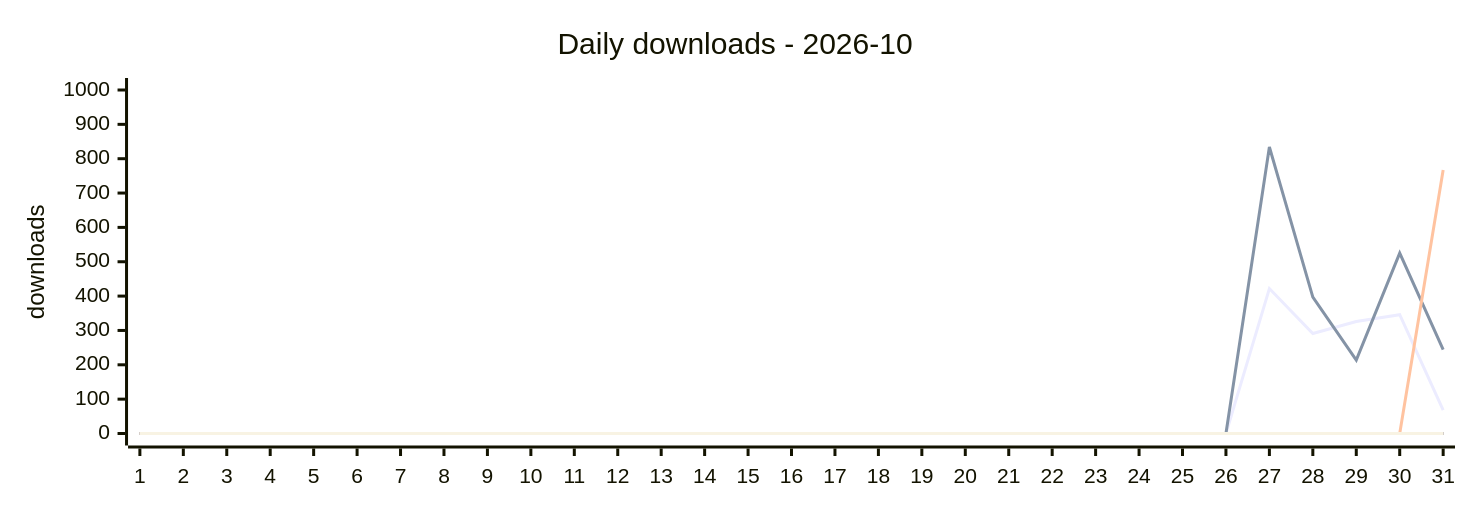
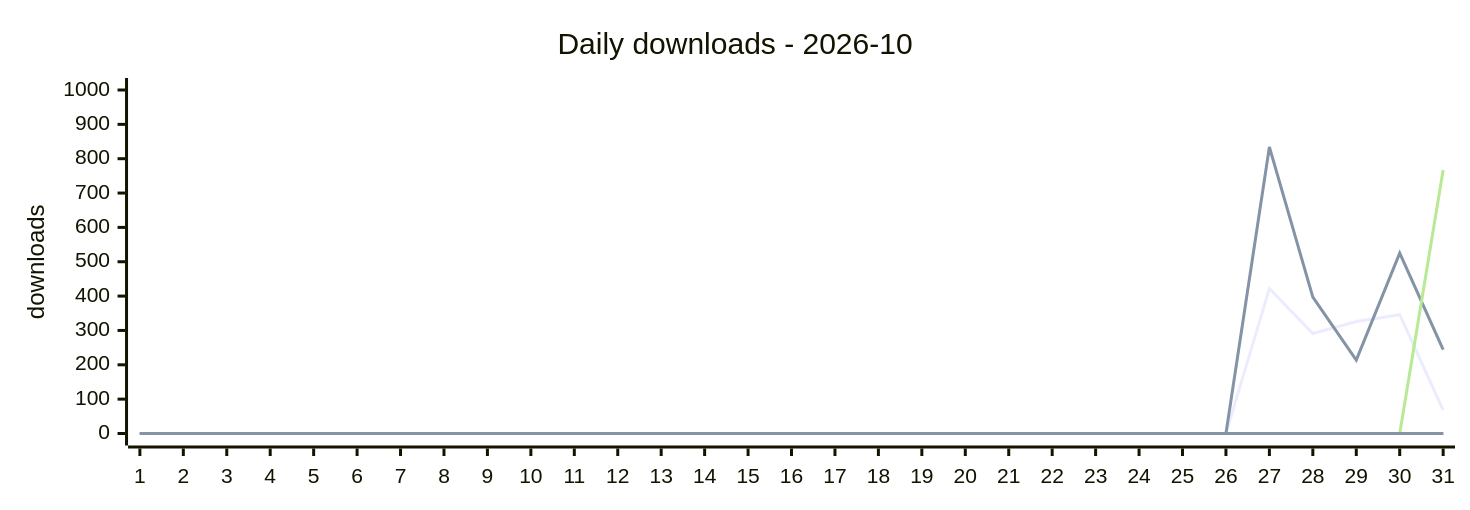
The second of 2 diagrams in DASHBOARD.md (terry2010/npm-downloads-tracker), drawn with Mermaid before and after one commit. The commit also changed other lines of this file and 2 other files, not shown here.

````diff
--- a/DASHBOARD.md
+++ b/DASHBOARD.md
@@ -106,17 +106,19 @@
 ```mermaid
 %%{init: {'xyChart': {'width': 960, 'height': 320}}}%%
 xychart-beta
     title "Daily downloads - 2026-10"
     x-axis ["1", "2", "3", "4", "5", "6", "7", "8", "9", "10", "11", "12", "13", "14", "15", "16", "17", "18", "19", "20", "21", "22", "23", "24", "25", "26", "27", "28", "29", "30", "31"]
     y-axis "downloads" 0 --> 1000
     line "dsh-loop-recover" [0, 0, 0, 0, 0, 0, 0, 0, 0, 0, 0, 0, 0, 0, 0, 0, 0, 0, 0, 0, 0, 0, 0, 0, 0, 0, 422, 291, 326, 346, 68]
     line "dsh-rss-news-daily" [0, 0, 0, 0, 0, 0, 0, 0, 0, 0, 0, 0, 0, 0, 0, 0, 0, 0, 0, 0, 0, 0, 0, 0, 0, 0, 834, 397, 214, 525, 244]
+    line "dsh-rss-news-flash-kuaixun" [0, 0, 0, 0, 0, 0, 0, 0, 0, 0, 0, 0, 0, 0, 0, 0, 0, 0, 0, 0, 0, 0, 0, 0, 0, 0, 0, 0, 0, 0, 0]
+    line "dsh-rss-news-browser-fetch" [0, 0, 0, 0, 0, 0, 0, 0, 0, 0, 0, 0, 0, 0, 0, 0, 0, 0, 0, 0, 0, 0, 0, 0, 0, 0, 0, 0, 0, 0, 0]
     line "opencode-loop-recover" [0, 0, 0, 0, 0, 0, 0, 0, 0, 0, 0, 0, 0, 0, 0, 0, 0, 0, 0, 0, 0, 0, 0, 0, 0, 0, 0, 0, 0, 0, 767]
     line "oc-market-quail-zephyr-72a0" [0, 0, 0, 0, 0, 0, 0, 0, 0, 0, 0, 0, 0, 0, 0, 0, 0, 0, 0, 0, 0, 0, 0, 0, 0, 0, 0, 0, 0, 0, 0]
     line "awesome-opencode-market" [0, 0, 0, 0, 0, 0, 0, 0, 0, 0, 0, 0, 0, 0, 0, 0, 0, 0, 0, 0, 0, 0, 0, 0, 0, 0, 0, 0, 0, 0, 0]
     line "surfbird" [0, 0, 0, 0, 0, 0, 0, 0, 0, 0, 0, 0, 0, 0, 0, 0, 0, 0, 0, 0, 0, 0, 0, 0, 0, 0, 0, 0, 0, 0, 0]
     line "surfbird-mcp" [0, 0, 0, 0, 0, 0, 0, 0, 0, 0, 0, 0, 0, 0, 0, 0, 0, 0, 0, 0, 0, 0, 0, 0, 0, 0, 0, 0, 0, 0, 0]
     line "dsh-control-surfbird-for-kitesurf" [0, 0, 0, 0, 0, 0, 0, 0, 0, 0, 0, 0, 0, 0, 0, 0, 0, 0, 0, 0, 0, 0, 0, 0, 0, 0, 0, 0, 0, 0, 0]
     line "opencode-control-surfbird-for-kitesurf" [0, 0, 0, 0, 0, 0, 0, 0, 0, 0, 0, 0, 0, 0, 0, 0, 0, 0, 0, 0, 0, 0, 0, 0, 0, 0, 0, 0, 0, 0, 0]
     line "pi-control-surfbird-for-kitesurf" [0, 0, 0, 0, 0, 0, 0, 0, 0, 0, 0, 0, 0, 0, 0, 0, 0, 0, 0, 0, 0, 0, 0, 0, 0, 0, 0, 0, 0, 0, 0]
 ```
````
